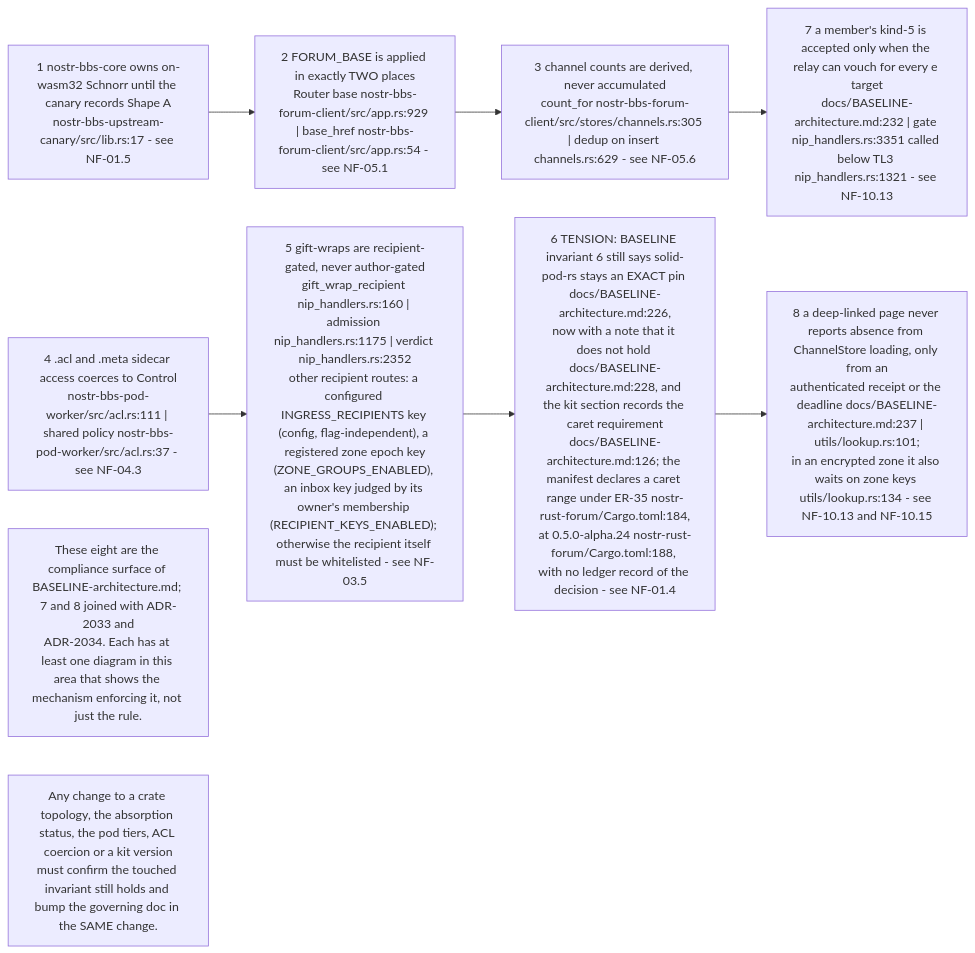
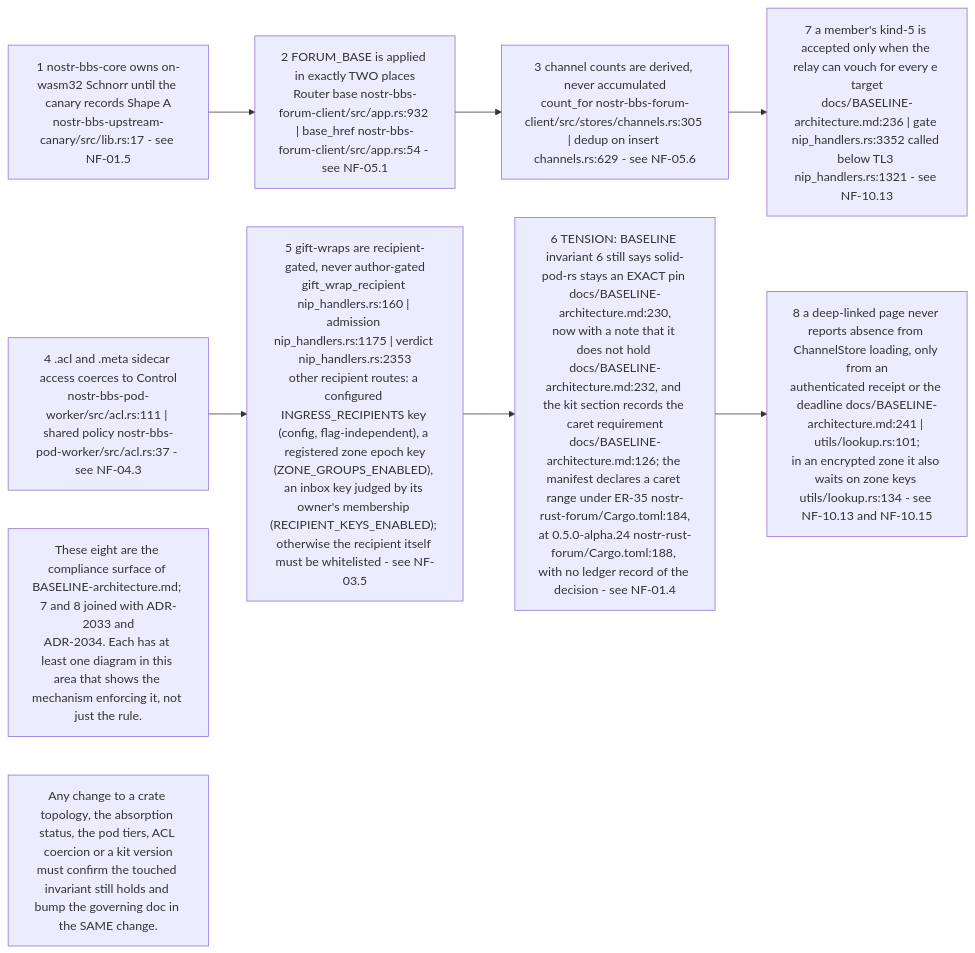
Before and after one commit to DreamLab-AI/VisionFlow: the first of 15 diagrams in docs/diagrams/nostr-rust-forum/10-invariants-and-anomaly-register.md, drawn with Mermaid. The commit also changed other lines of this file and 23 other files, not shown here.

First line of the commit message:
docs(diagrams): pass C nostr-rust-forum area re-verified at de31aaa

````diff
--- a/docs/diagrams/nostr-rust-forum/10-invariants-and-anomaly-register.md
+++ b/docs/diagrams/nostr-rust-forum/10-invariants-and-anomaly-register.md
@@ -114,17 +114,17 @@
 ```mermaid
 flowchart LR
     I1["1 nostr-bbs-core owns on-wasm32 Schnorr until the canary records Shape A<br/>nostr-bbs-upstream-canary/src/lib.rs:17 - see NF-01.5"]
-    I2["2 FORUM_BASE is applied in exactly TWO places<br/>Router base nostr-bbs-forum-client/src/app.rs:929 | base_href nostr-bbs-forum-client/src/app.rs:54 - see NF-05.1"]
+    I2["2 FORUM_BASE is applied in exactly TWO places<br/>Router base nostr-bbs-forum-client/src/app.rs:932 | base_href nostr-bbs-forum-client/src/app.rs:54 - see NF-05.1"]
     I3["3 channel counts are derived, never accumulated<br/>count_for nostr-bbs-forum-client/src/stores/channels.rs:305 | dedup on insert channels.rs:629 - see NF-05.6"]
     I4["4 .acl and .meta sidecar access coerces to Control<br/>nostr-bbs-pod-worker/src/acl.rs:111 | shared policy nostr-bbs-pod-worker/src/acl.rs:37 - see NF-04.3"]
-    I5["5 gift-wraps are recipient-gated, never author-gated<br/>gift_wrap_recipient nip_handlers.rs:160 | admission nip_handlers.rs:1175 | verdict nip_handlers.rs:2352<br/>other recipient routes: a configured INGRESS_RECIPIENTS key (config, flag-independent), a registered zone epoch key<br/>(ZONE_GROUPS_ENABLED), an inbox key judged by its owner's membership (RECIPIENT_KEYS_ENABLED); otherwise the recipient itself must be whitelisted - see NF-03.5"]
-    I6["6 TENSION: BASELINE invariant 6 still says solid-pod-rs stays an EXACT pin docs/BASELINE-architecture.md:226,<br/>now with a note that it does not hold docs/BASELINE-architecture.md:228, and the kit section records the caret requirement<br/>docs/BASELINE-architecture.md:126; the manifest declares a caret range under ER-35 nostr-rust-forum/Cargo.toml:184,<br/>at 0.5.0-alpha.24 nostr-rust-forum/Cargo.toml:188, with no ledger record of the decision - see NF-01.4"]
-    I7["7 a member's kind-5 is accepted only when the relay can vouch for every e target<br/>docs/BASELINE-architecture.md:232 | gate nip_handlers.rs:3351 called below TL3 nip_handlers.rs:1321 - see NF-10.13"]
-    I8["8 a deep-linked page never reports absence from ChannelStore loading, only from an<br/>authenticated receipt or the deadline docs/BASELINE-architecture.md:237 | utils/lookup.rs:101;<br/>in an encrypted zone it also waits on zone keys utils/lookup.rs:134 - see NF-10.13 and NF-10.15"]
+    I5["5 gift-wraps are recipient-gated, never author-gated<br/>gift_wrap_recipient nip_handlers.rs:160 | admission nip_handlers.rs:1175 | verdict nip_handlers.rs:2353<br/>other recipient routes: a configured INGRESS_RECIPIENTS key (config, flag-independent), a registered zone epoch key<br/>(ZONE_GROUPS_ENABLED), an inbox key judged by its owner's membership (RECIPIENT_KEYS_ENABLED); otherwise the recipient itself must be whitelisted - see NF-03.5"]
+    I6["6 TENSION: BASELINE invariant 6 still says solid-pod-rs stays an EXACT pin docs/BASELINE-architecture.md:230,<br/>now with a note that it does not hold docs/BASELINE-architecture.md:232, and the kit section records the caret requirement<br/>docs/BASELINE-architecture.md:126; the manifest declares a caret range under ER-35 nostr-rust-forum/Cargo.toml:184,<br/>at 0.5.0-alpha.24 nostr-rust-forum/Cargo.toml:188, with no ledger record of the decision - see NF-01.4"]
+    I7["7 a member's kind-5 is accepted only when the relay can vouch for every e target<br/>docs/BASELINE-architecture.md:236 | gate nip_handlers.rs:3352 called below TL3 nip_handlers.rs:1321 - see NF-10.13"]
+    I8["8 a deep-linked page never reports absence from ChannelStore loading, only from an<br/>authenticated receipt or the deadline docs/BASELINE-architecture.md:241 | utils/lookup.rs:101;<br/>in an encrypted zone it also waits on zone keys utils/lookup.rs:134 - see NF-10.13 and NF-10.15"]
 
     I1 --> I2 --> I3 --> I7
     I4 --> I5 --> I6 --> I8
 
     N1["These eight are the compliance surface of BASELINE-architecture.md; 7 and 8 joined with ADR-2033 and<br/>ADR-2034. Each has at least one diagram in this area that shows the mechanism enforcing it, not just the rule."]
     N2["Any change to a crate topology, the absorption status, the pod tiers, ACL coercion or a kit version<br/>must confirm the touched invariant still holds and bump the governing doc in the SAME change."]
 ```
````
